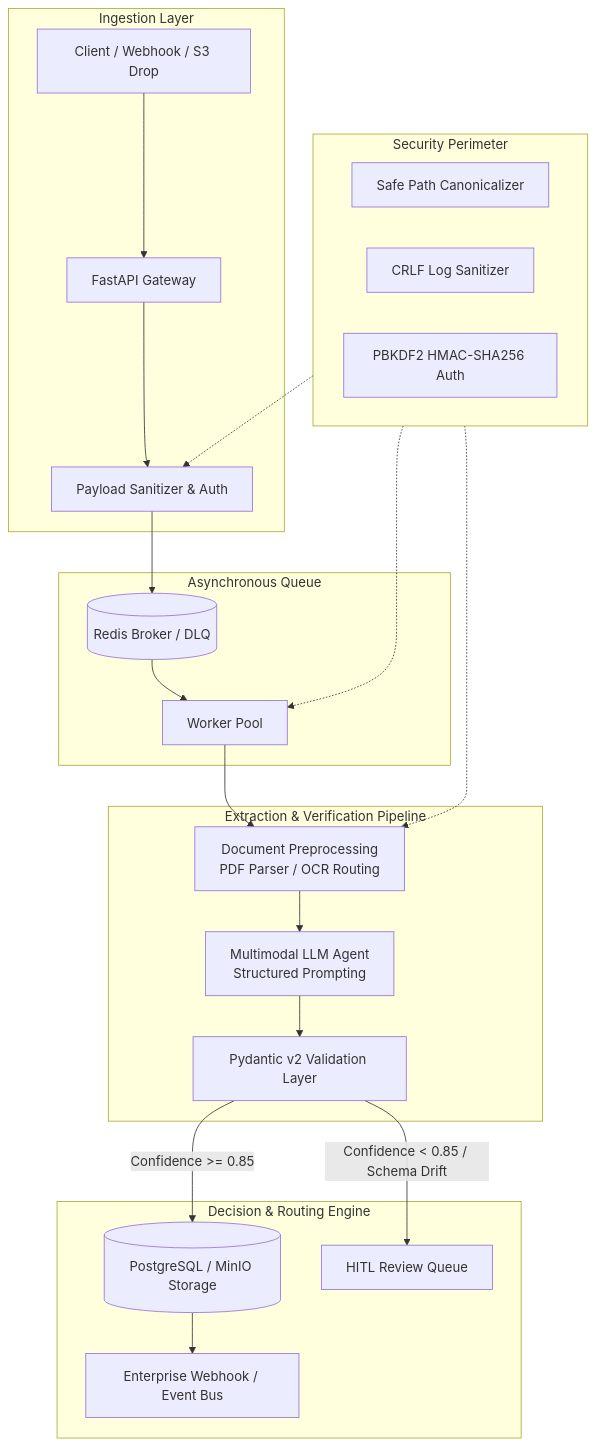
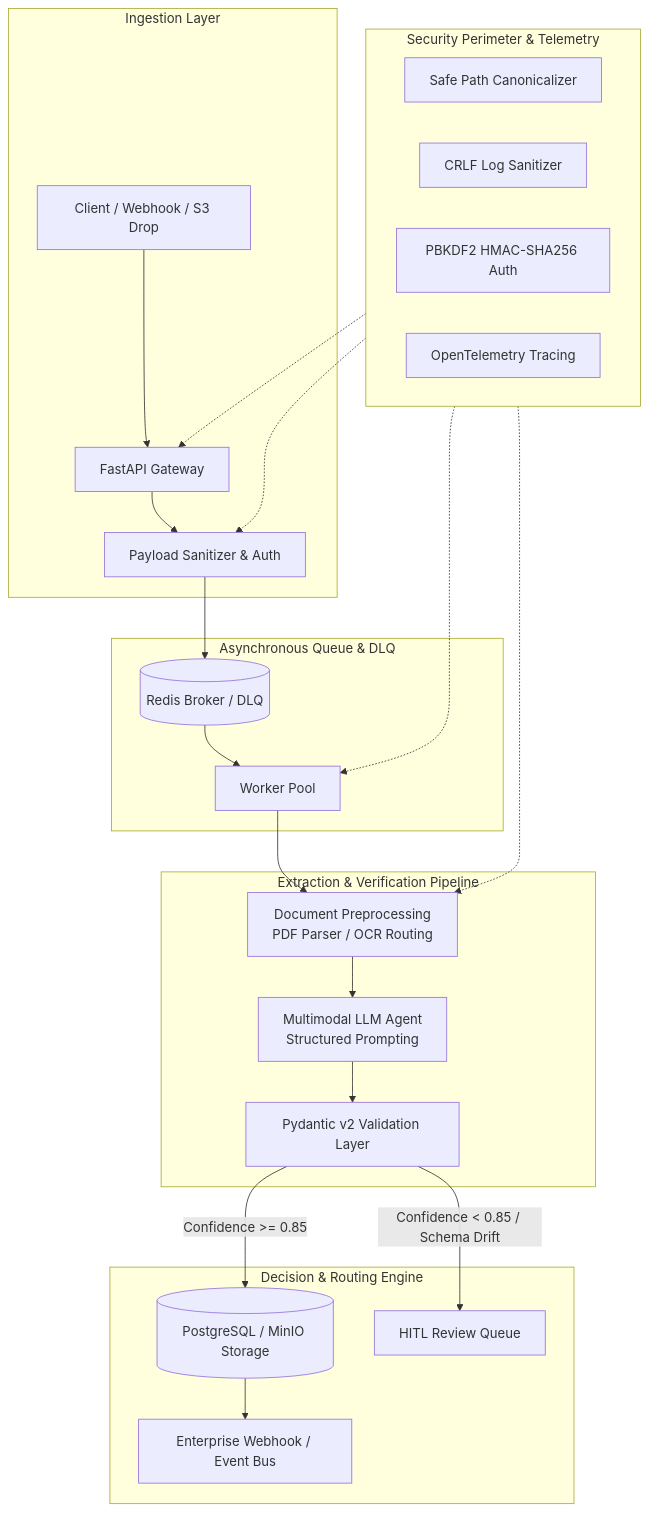
One commit to NoorFatima-A-F/DocuTask-Agent changed the second of 2 diagrams in README.md. Above: the diagram before and after it, drawn with Mermaid. The commit also changed other lines of this file and 9 other files, not shown here.

Commit message:
feat(probes): implement Kubernetes health endpoints, synthetic OCR fuzzer, and architecture sequence diagram

````diff
--- a/README.md
+++ b/README.md
@@ -65,31 +95,32 @@
 ```mermaid
 flowchart TB
     subgraph Ingestion ["Ingestion Layer"]
         A[Client / Webhook / S3 Drop] --> B[FastAPI Gateway]
         B --> C[Payload Sanitizer & Auth]
     end
 
-    subgraph Broker ["Asynchronous Queue"]
+    subgraph Broker ["Asynchronous Queue & DLQ"]
         C --> D[(Redis Broker / DLQ)]
         D --> E[Worker Pool]
     end
 
     subgraph Processing ["Extraction & Verification Pipeline"]
         E --> F[Document Preprocessing\nPDF Parser / OCR Routing]
         F --> G[Multimodal LLM Agent\nStructured Prompting]
         G --> H[Pydantic v2 Validation Layer]
     end
 
     subgraph Evaluation ["Decision & Routing Engine"]
         H -->|Confidence >= 0.85| I[(PostgreSQL / MinIO Storage)]
         H -->|Confidence < 0.85 / Schema Drift| J[HITL Review Queue]
         I --> K[Enterprise Webhook / Event Bus]
     end
 
-    subgraph Security ["Security Perimeter"]
+    subgraph Security ["Security Perimeter & Telemetry"]
         direction LR
         S1[Safe Path Canonicalizer] -.-> F
         S2[CRLF Log Sanitizer] -.-> E
         S3[PBKDF2 HMAC-SHA256 Auth] -.-> C
+        S4[OpenTelemetry Tracing] -.-> B
     end
 ```
````
